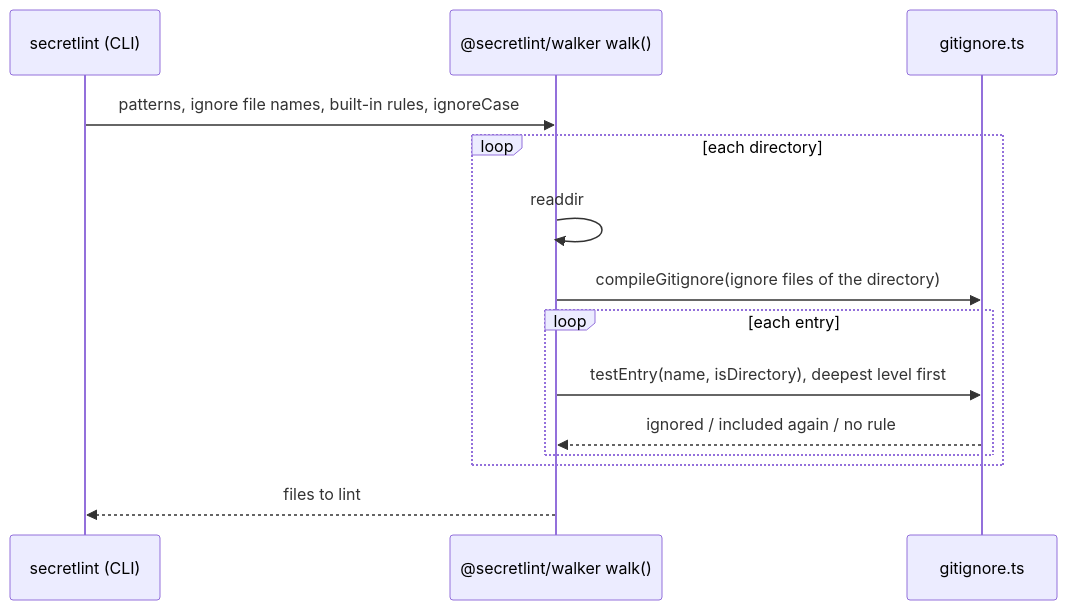
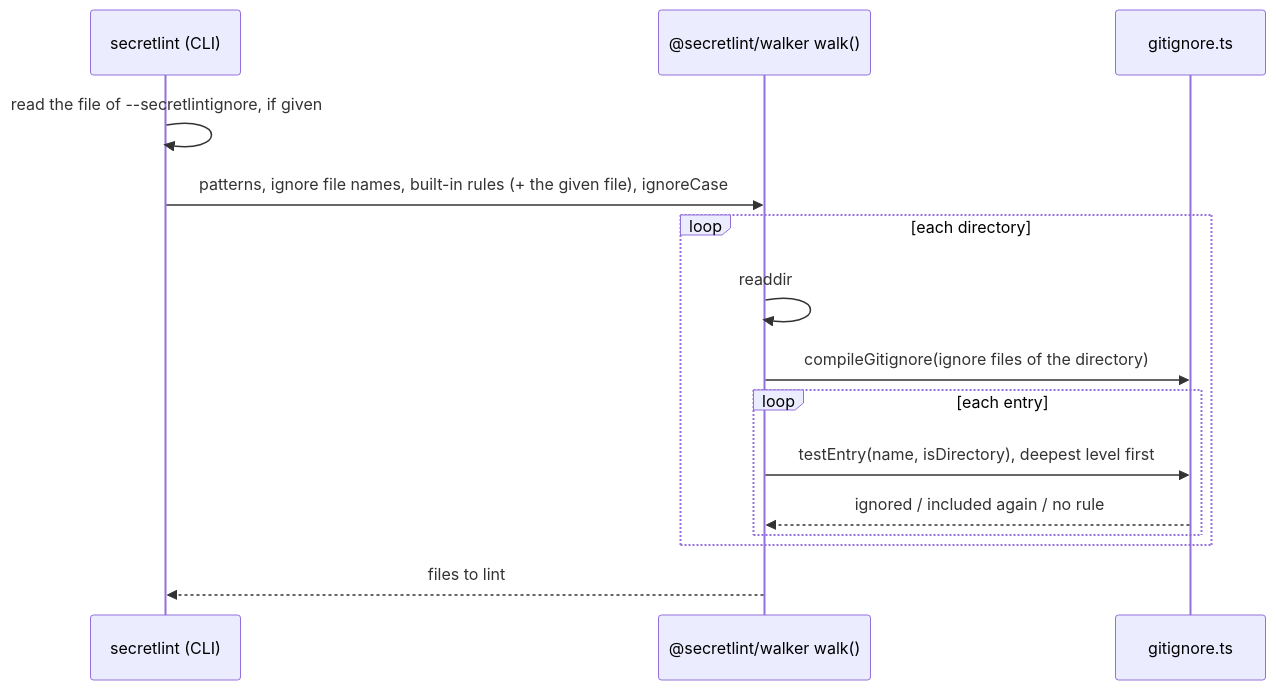
One commit to secretlint/secretlint changed the diagram in docs/products/secretlint/features/file-selection/design.md. Above: the diagram before and after it, drawn with Mermaid. The commit also changed other lines of this file and 3 other files, not shown here.

First line of the commit message:
docs(sdev): read only the file given by --secretlintignore, from the working directory

````diff
--- a/docs/products/secretlint/features/file-selection/design.md
+++ b/docs/products/secretlint/features/file-selection/design.md
@@ -70,16 +78,17 @@
 ```mermaid
 sequenceDiagram
     participant CLI as secretlint (CLI)
     participant Walker as @secretlint/walker walk()
     participant Matcher as gitignore.ts
-    CLI->>Walker: patterns, ignore file names, built-in rules, ignoreCase
+    CLI->>CLI: read the file of --secretlintignore, if given
+    CLI->>Walker: patterns, ignore file names, built-in rules (+ the given file), ignoreCase
     loop each directory
         Walker->>Walker: readdir
         Walker->>Matcher: compileGitignore(ignore files of the directory)
         loop each entry
             Walker->>Matcher: testEntry(name, isDirectory), deepest level first
             Matcher-->>Walker: ignored / included again / no rule
         end
     end
     Walker-->>CLI: files to lint
 ```
````
